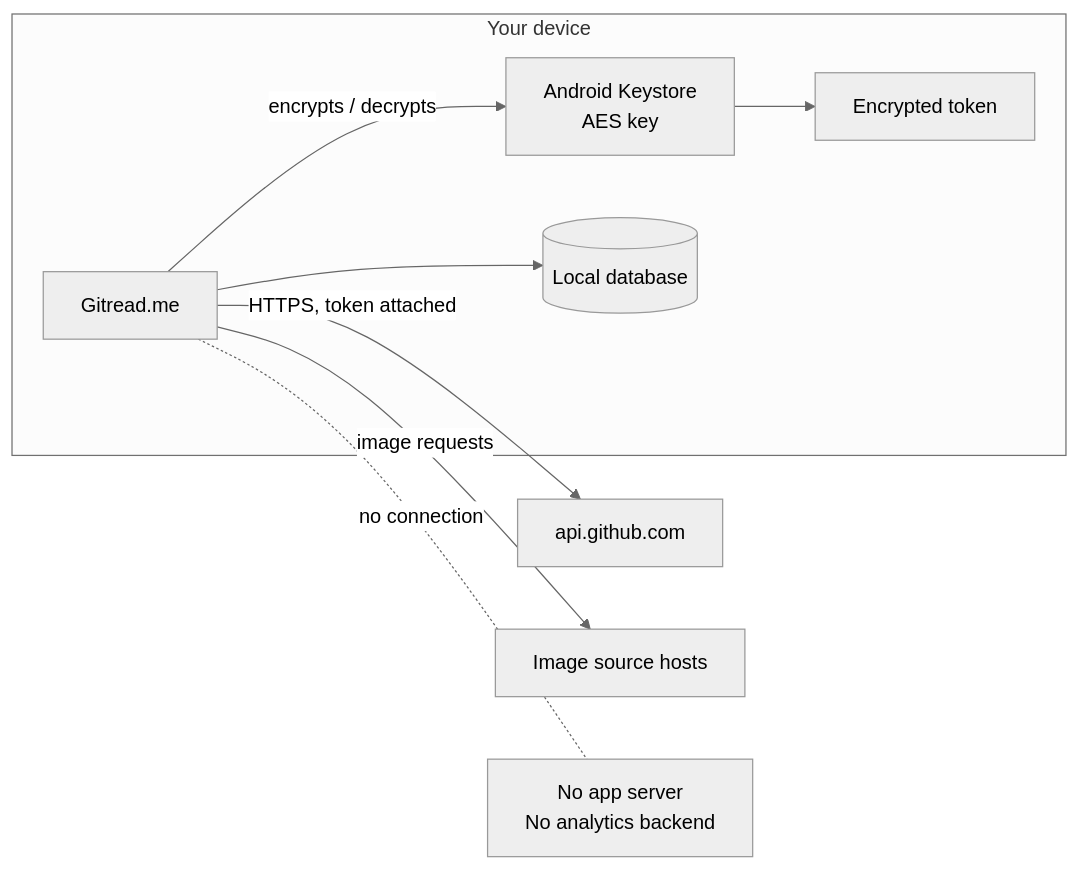
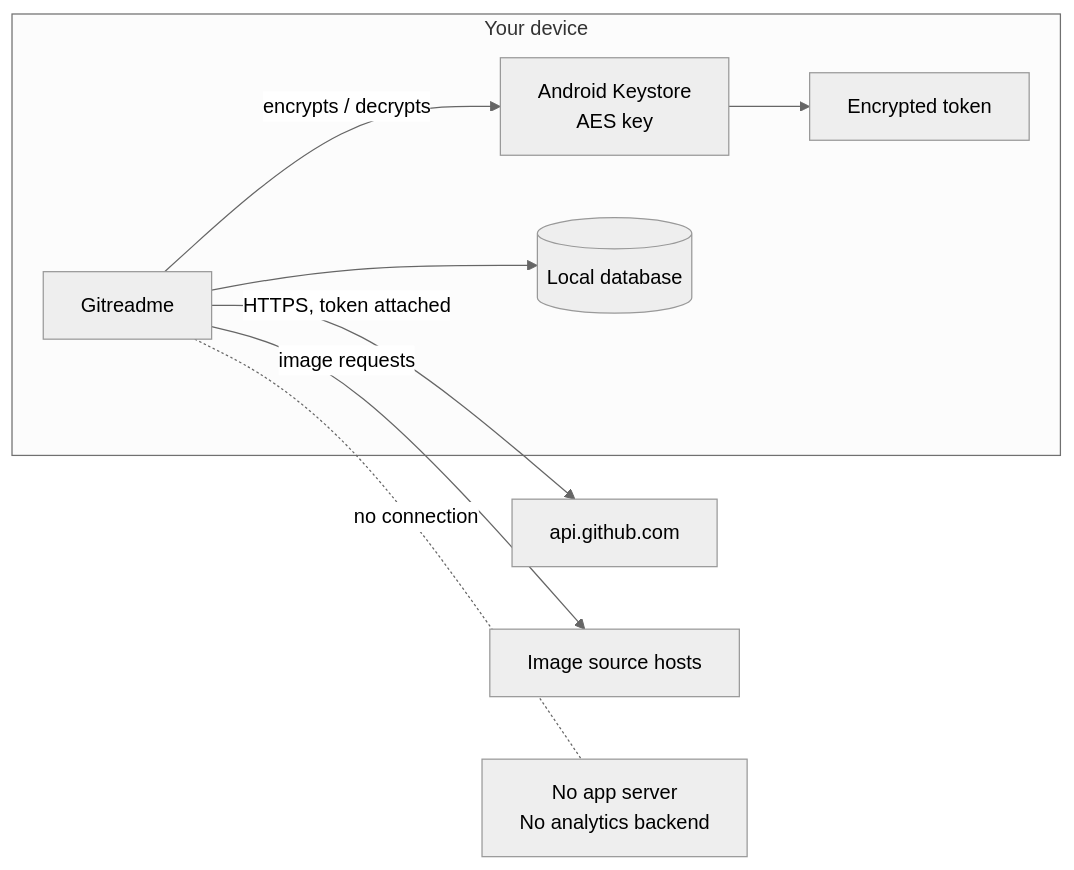
Before and after one commit to Basavaraj8143/gitreadme: diagram 11 of 12 in README.md, drawn with Mermaid (neutral theme). The commit also changed other lines of this file and 84 other files, not shown here.

````diff
--- a/README.md
+++ b/README.md
@@ -535,15 +535,15 @@
 ```mermaid
 flowchart LR
     subgraph Device[Your device]
-        APP[Gitread.me]
+        APP[Gitreadme]
         KS[Android Keystore<br/>AES key]
         ENC[Encrypted token]
         DB[(Local database)]
     end
     APP -- encrypts / decrypts --> KS
     KS --> ENC
     APP --> DB
     APP -- HTTPS, token attached --> GH[api.github.com]
     APP -- image requests --> IMG[Image source hosts]
     APP -. no connection .- X[No app server<br/>No analytics backend]
 ```
````
